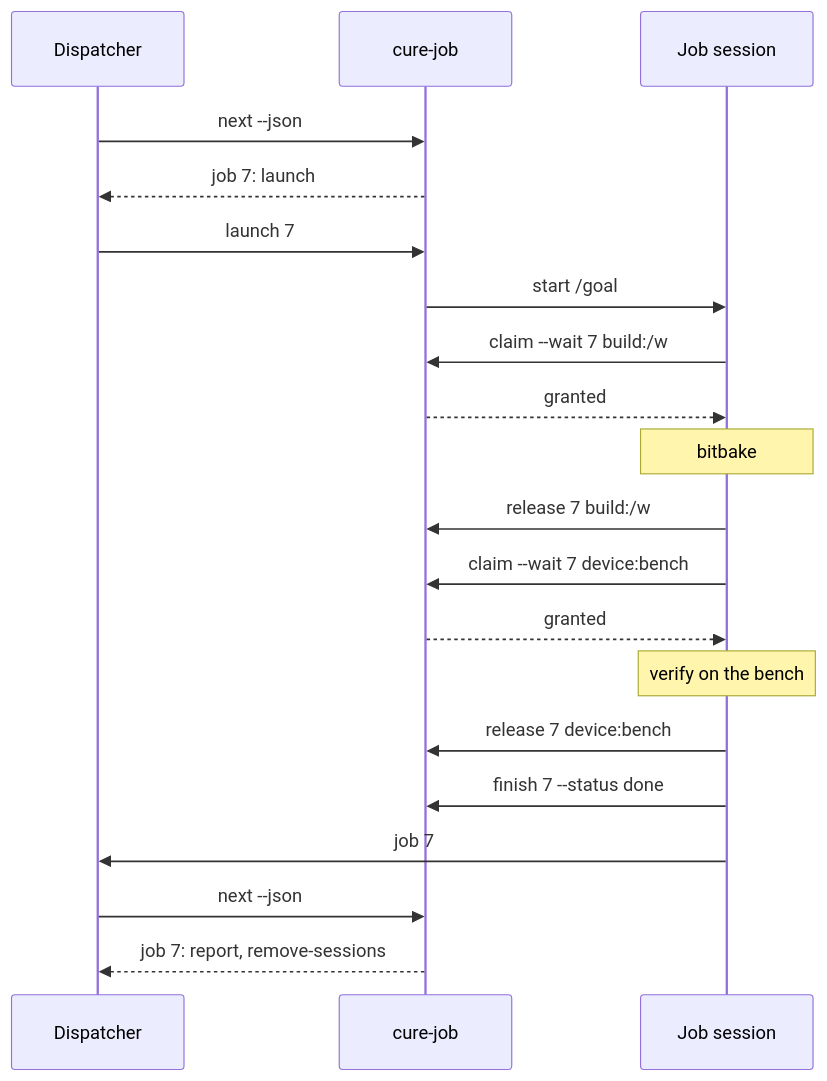
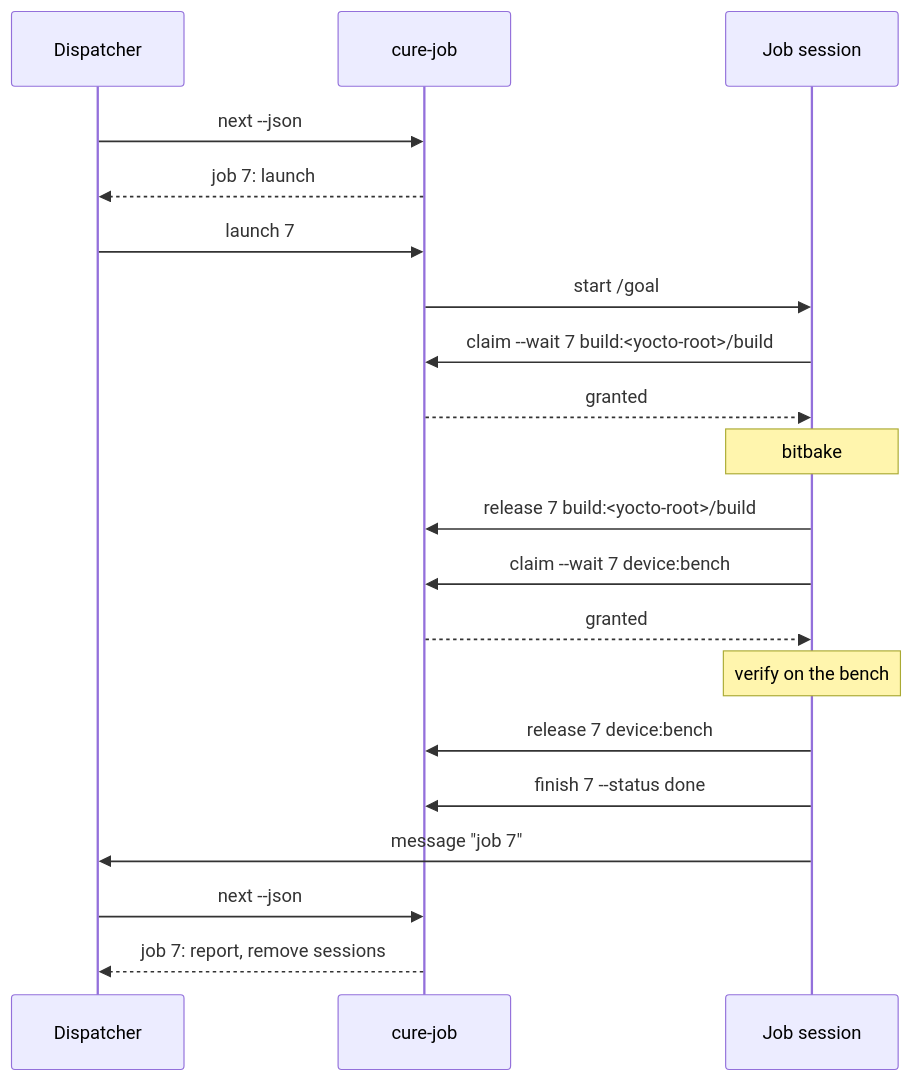
Before and after one commit to zagrichanskiy/claude-plugins: the second of 3 diagrams in docs/dispatcher-resource-scheduling.md, drawn with Mermaid. The commit also changed other lines of this file, not shown here.

````diff
--- a/docs/dispatcher-resource-scheduling.md
+++ b/docs/dispatcher-resource-scheduling.md
@@ -76,22 +101,22 @@
 ```mermaid
 sequenceDiagram
     participant D as Dispatcher
     participant C as cure-job
     participant J as Job session
     D->>C: next --json
     C-->>D: job 7: launch
     D->>C: launch 7
     C->>J: start /goal
-    J->>C: claim --wait 7 build:/w
+    J->>C: claim --wait 7 build:<yocto-root>/build
     C-->>J: granted
     Note over J: bitbake
-    J->>C: release 7 build:/w
+    J->>C: release 7 build:<yocto-root>/build
     J->>C: claim --wait 7 device:bench
     C-->>J: granted
     Note over J: verify on the bench
     J->>C: release 7 device:bench
     J->>C: finish 7 --status done
-    J->>D: job 7
+    J->>D: message "job 7"
     D->>C: next --json
-    C-->>D: job 7: report, remove-sessions
+    C-->>D: job 7: report, remove sessions
 ```
````
